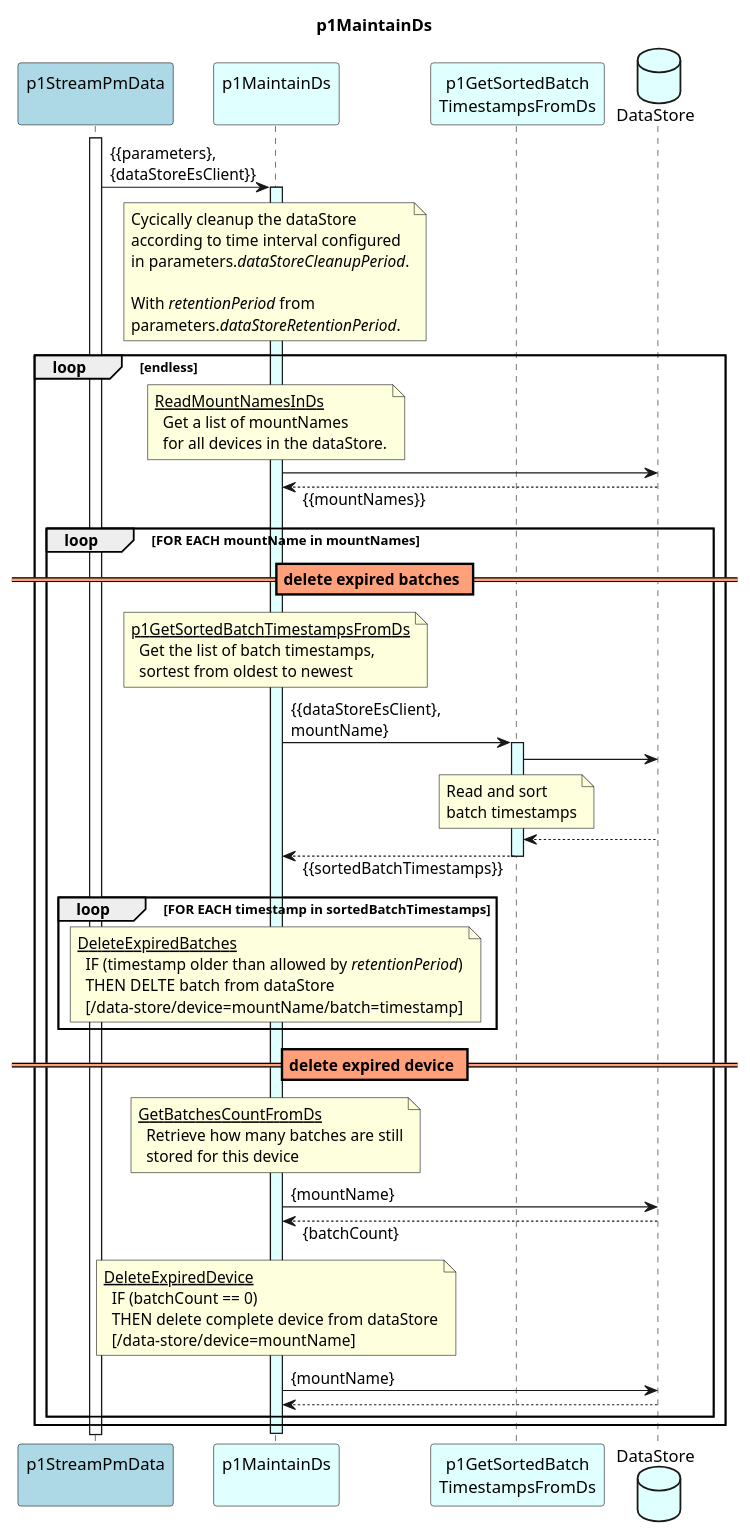
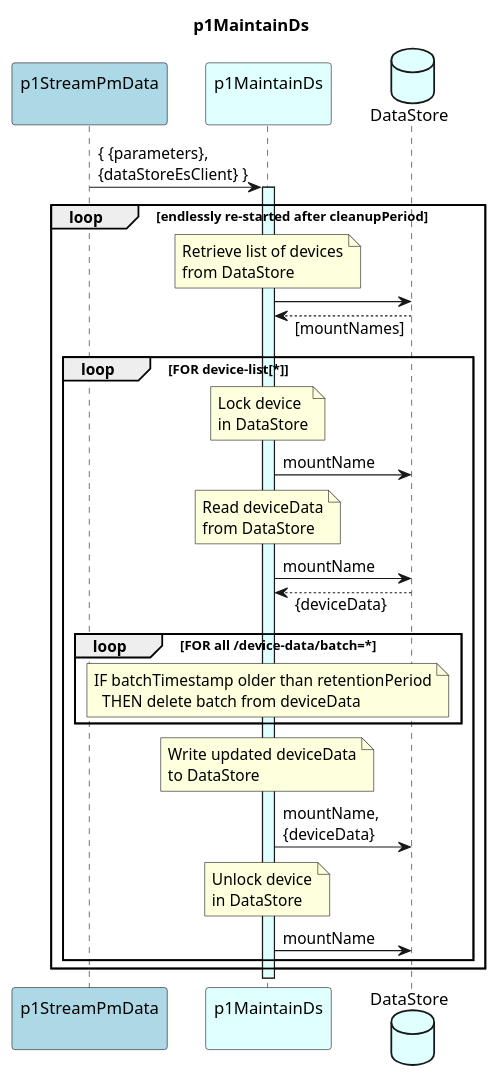
The diagram in spec/Functions/p1StreamPmData/p1MaintainDs/1.0.0/p1MaintainDs.plantuml (openBackhaul/DevicePerformanceManagementDataProcessor), drawn with PlantUML before and after one commit. The commit also changed 18 other files, not shown here.

```diff
--- a/spec/Functions/p1StreamPmData/p1MaintainDs/1.0.0/p1MaintainDs.plantuml
+++ b/spec/Functions/p1StreamPmData/p1MaintainDs/1.0.0/p1MaintainDs.plantuml
@@ -1,92 +1,63 @@
 @startuml p1MaintainDs
 skinparam responseMessageBelowArrow true
-skinparam SequenceDividerBackgroundColor #LightSalmon
 
 title
   p1MaintainDs
 end title
 
 participant "p1StreamPmData\n" as requestor #LightBlue
-participant "p1MaintainDs\n" as cur #LightCyan
-participant "p1GetSortedBatch\nTimestampsFromDs" as ts #LightCyan
+participant "p1MaintainDs\n" as p1Main #LightCyan
 database "DataStore" as ds #LightCyan
 
+requestor -> p1Main : { {parameters},\n{dataStoreEsClient} }
+activate p1Main #LightCyan
 
-activate requestor
+  loop endlessly re-started after cleanupPeriod
 
-requestor -> cur : {{parameters},\n{dataStoreEsClient}}
+    note over p1Main
+      Retrieve list of devices
+      from DataStore
+    end note
+    p1Main -> ds
+    p1Main <-- ds: [mountNames]
 
-  note over cur
-    Cycically cleanup the dataStore
-    according to time interval configured
-    in parameters.<i>dataStoreCleanupPeriod</i>.
+    loop FOR device-list[*]
 
-    With <i>retentionPeriod</i> from
-    parameters.<i>dataStoreRetentionPeriod</i>.
-  end note
+      note over p1Main
+        Lock device
+        in DataStore
+      end note
+      p1Main -> ds: mountName
 
-loop endless
-activate cur #LightCyan
+      note over p1Main
+        Read deviceData
+        from DataStore
+      end note
+      p1Main -> ds: mountName
+      p1Main <-- ds: {deviceData}
 
-  note over cur
-    <u>ReadMountNamesInDs</u>
-      Get a list of mountNames
-      for all devices in the dataStore.
-  end note
-  cur -> ds
-  cur <-- ds: {{mountNames}}
+      loop FOR all /device-data/batch=*
+        note over p1Main
+          IF batchTimestamp older than retentionPeriod
+            THEN delete batch from deviceData
+        end note
+      end loop
 
-  'iterate over each device
-  loop FOR EACH mountName in mountNames
-    == delete expired batches ==
-    note over cur
-      <u>p1GetSortedBatchTimestampsFromDs</u>
-        Get the list of batch timestamps,
-        sortest from oldest to newest
-    end note
-    cur -> ts: {{dataStoreEsClient},\nmountName}
-    activate ts #LightCyan
-      ts -> ds
-      note over ts
-        Read and sort
-        batch timestamps
+      note over p1Main
+        Write updated deviceData
+        to DataStore
       end note
-      ts <-- ds
-    cur <-- ts: {{sortedBatchTimestamps}}
-    deactivate ts
+      p1Main -> ds: mountName,\n{deviceData}
 
-    loop FOR EACH timestamp in sortedBatchTimestamps
-      note over cur
-        <u>DeleteExpiredBatches</u>
-          IF (timestamp older than allowed by <i>retentionPeriod</i>)
-          THEN DELTE batch from dataStore
-          [/data-store/device=mountName/batch=timestamp]
+      note over p1Main
+        Unlock device
+        in DataStore
       end note
+      p1Main -> ds: mountName
+
     end loop
-
-    == delete expired device ==
-    note over cur
-      <u>GetBatchesCountFromDs</u>
-        Retrieve how many batches are still
-        stored for this device
-    end note
-    cur -> ds: {mountName}
-    cur <-- ds: {batchCount}
-
-    note over cur
-      <u>DeleteExpiredDevice</u>
-        IF (batchCount == 0)
-        THEN delete complete device from dataStore
-        [/data-store/device=mountName]
-    end note
-    cur -> ds: {mountName}
-    cur <-- ds
 
   end loop
 
-end loop
-
-deactivate cur
-
 
 @enduml
```
